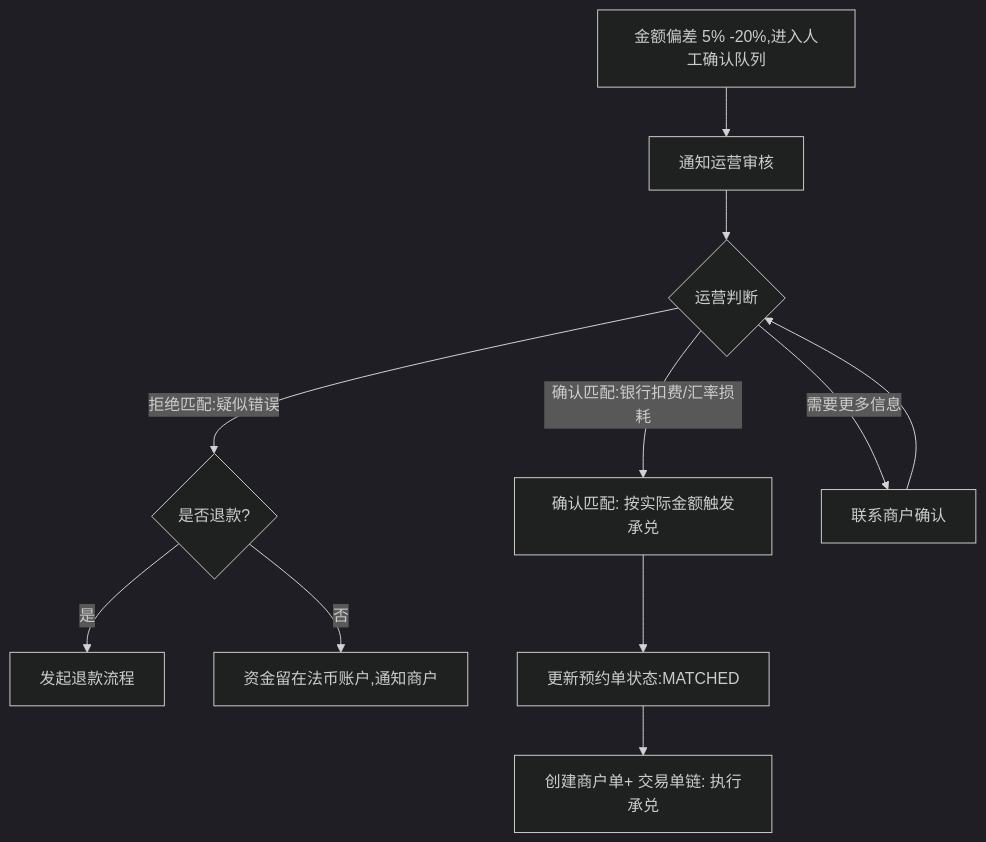
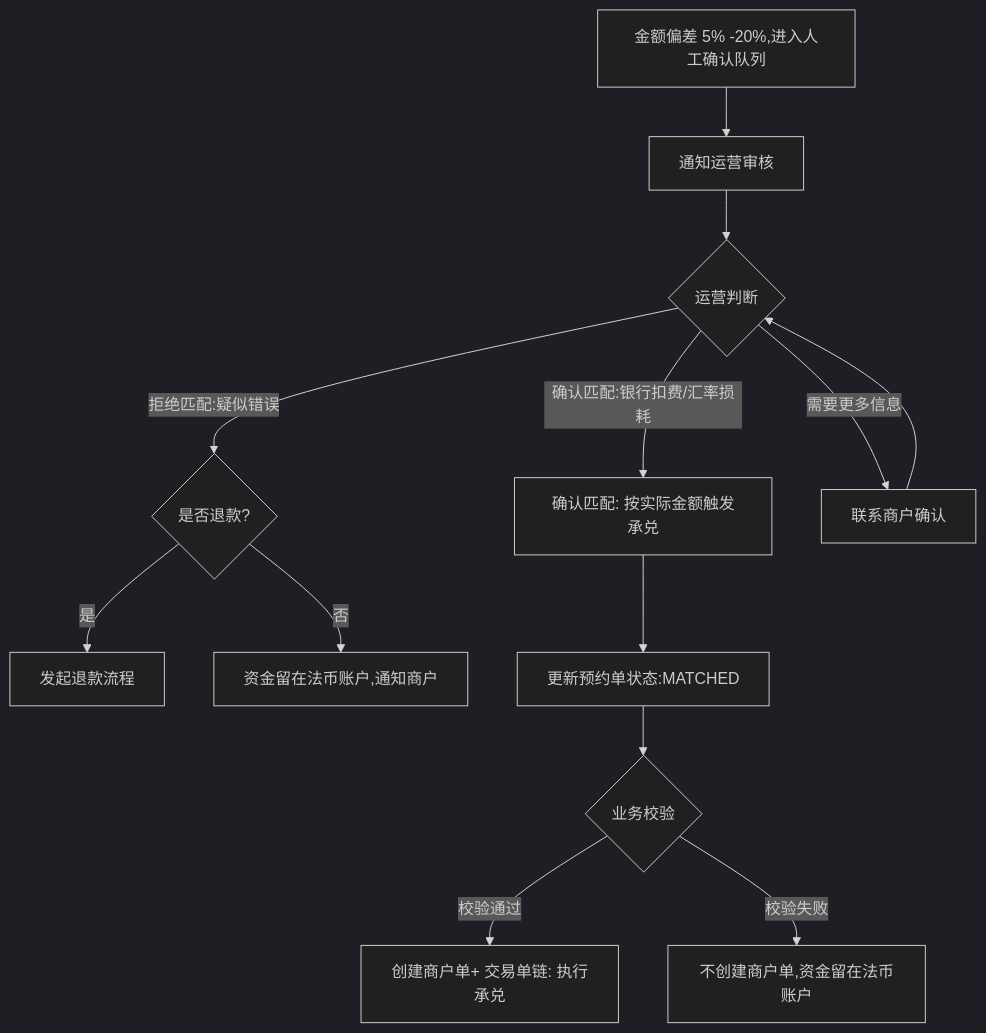
Diagram 16 of 19 in onofframp/prd/onramp-complete.md (xiaoxiaoangie/EX-NEW), drawn with Mermaid (dark theme) before and after one commit. The commit also changed other lines of this file and 10 other files, not shown here.

````diff
--- a/onofframp/prd/onramp-complete.md
+++ b/onofframp/prd/onramp-complete.md
@@ -1279,14 +1283,16 @@
 ```mermaid
 flowchart TD
     A[金额偏差 5% -20%,进入人工确认队列] --> B[通知运营审核]
     B --> C{运营判断}
     C -->|确认匹配:银行扣费/汇率损耗| D[确认匹配: 按实际金额触发承兑]
     C -->|拒绝匹配:疑似错误| E{是否退款?}
     E -->|是| F[发起退款流程]
     E -->|否| G[资金留在法币账户,通知商户]
     C -->|需要更多信息| H[联系商户确认]
     H --> C
 
     D --> I[更新预约单状态:MATCHED]
-    I --> J[创建商户单+ 交易单链: 执行承兑]
+    I --> I1{业务校验}
+    I1 -->|校验通过| J[创建商户单+ 交易单链: 执行承兑]
+    I1 -->|校验失败| I2[不创建商户单,资金留在法币账户]
 ```
````
